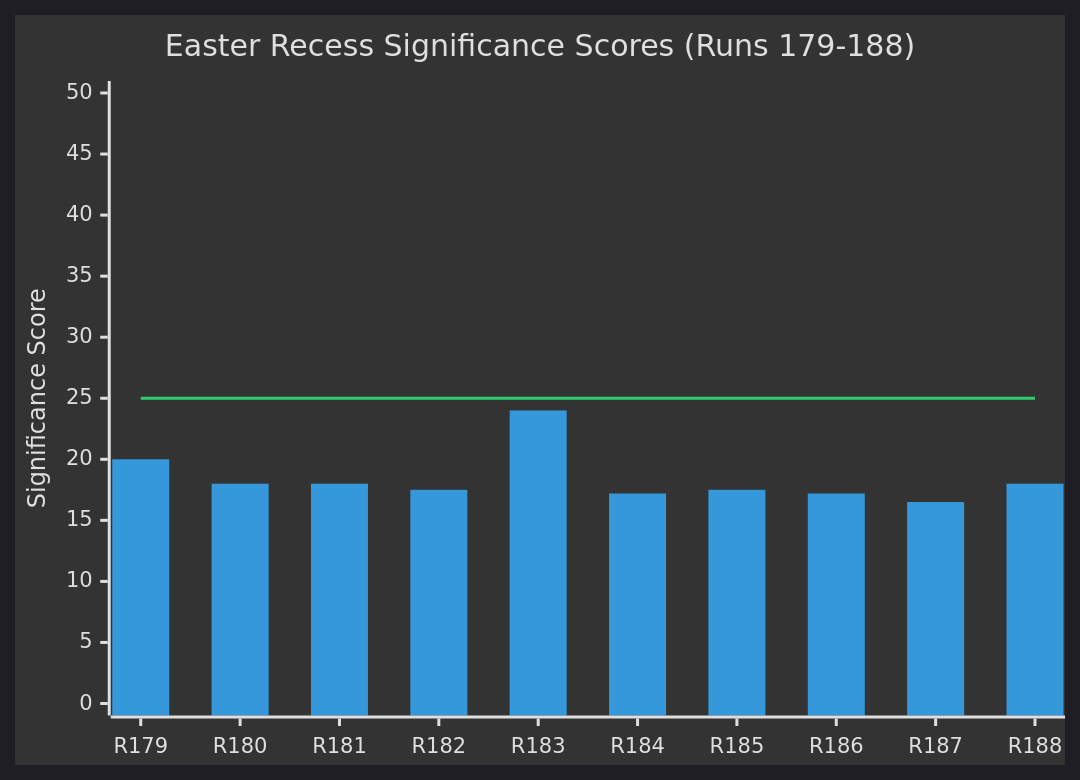
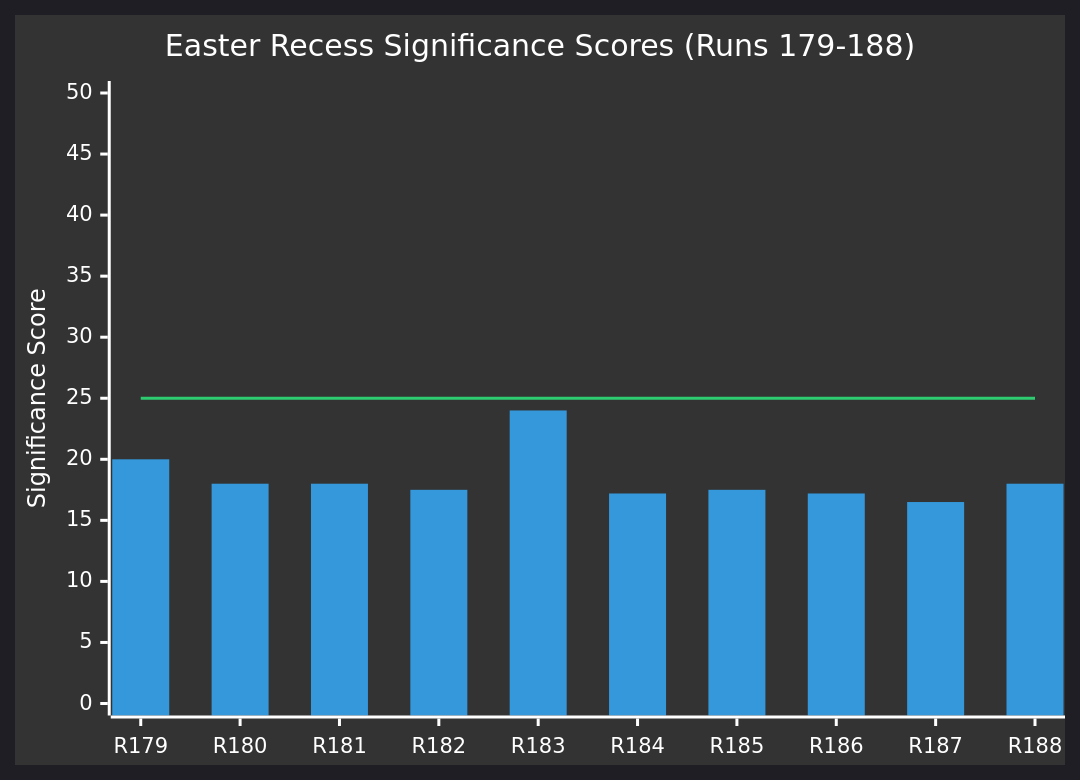
One commit to Hack23/euparliamentmonitor changed the diagram in analysis/daily/2026-04-19/breaking-run188/intelligence/significance-scoring.md. Above: the diagram before and after it, drawn with Mermaid. The commit also changed other lines of this file and 14 other files, not shown here.

````diff
--- a/analysis/daily/2026-04-19/breaking-run188/intelligence/significance-scoring.md
+++ b/analysis/daily/2026-04-19/breaking-run188/intelligence/significance-scoring.md
@@ -84,9 +139,9 @@
 ```mermaid
-%%{init: {'theme': 'dark', 'themeVariables': {'primaryColor': '#1565C0', 'edgeLabelBackground': '#333'}}}%%
+%%{init: {"theme":"dark","themeVariables":{"primaryColor":"#1565C0","primaryTextColor":"#ffffff","primaryBorderColor":"#0A3F7F","lineColor":"#90CAF9","secondaryColor":"#2E7D32","secondaryTextColor":"#ffffff","secondaryBorderColor":"#0F3F00","tertiaryColor":"#FF9800","tertiaryTextColor":"#000000","tertiaryBorderColor":"#7F4F00","mainBkg":"#1565C0","secondBkg":"#2E7D32","tertiaryBkg":"#FF9800","fontFamily":"Inter, Helvetica, Arial, sans-serif"}}}%%
 xychart-beta
     title "Easter Recess Significance Scores (Runs 179-188)"
     x-axis ["R179", "R180", "R181", "R182", "R183", "R184", "R185", "R186", "R187", "R188"]
     y-axis "Significance Score" 0 --> 50
     bar [20, 18, 18, 17.5, 24, 17.2, 17.5, 17.2, 16.5, 18]
     line [25, 25, 25, 25, 25, 25, 25, 25, 25, 25]
 ```
````
